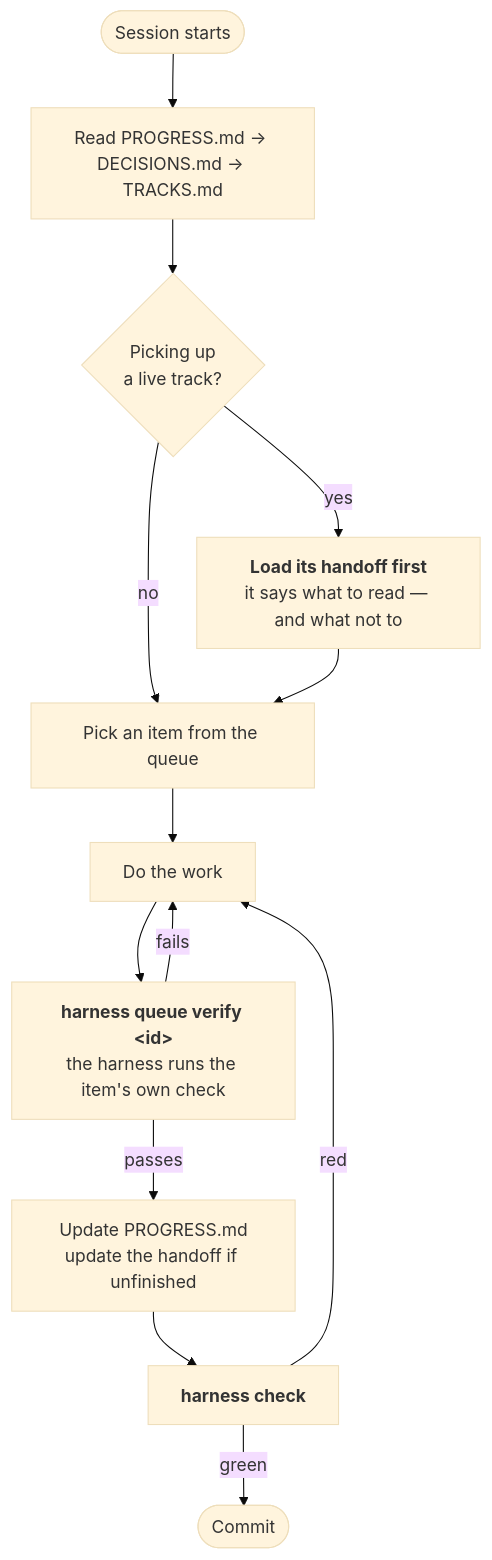
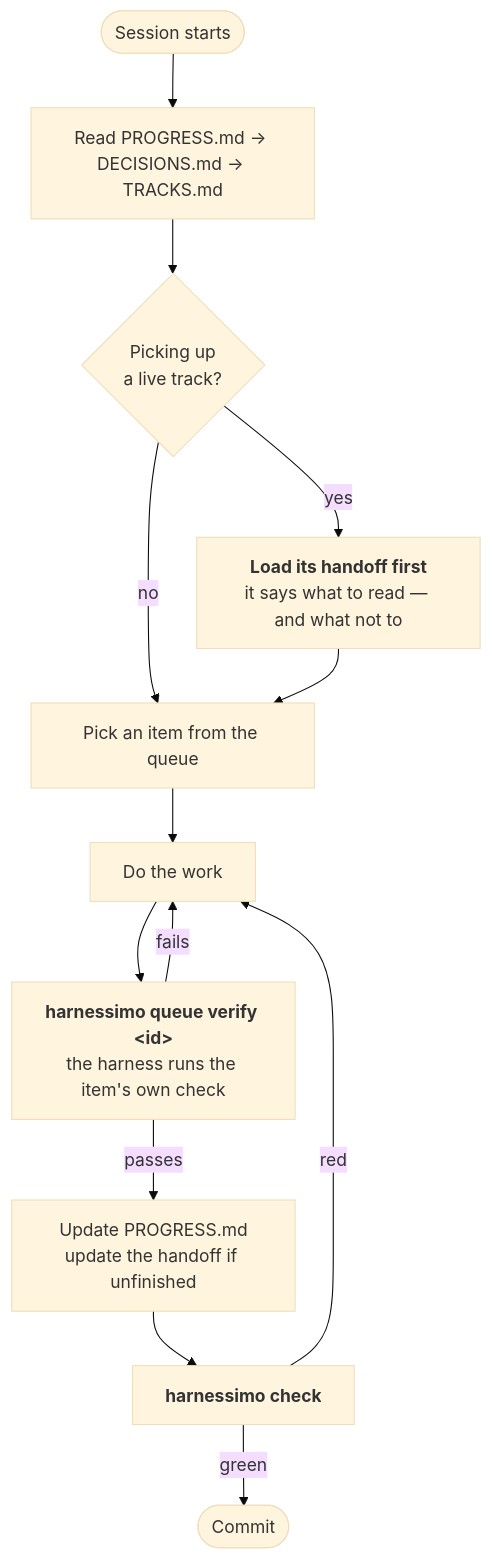
The second of 3 diagrams in docs/GUIDE.md (atamaniuc/Harnessimo), drawn with Mermaid (base theme) before and after one commit. The commit also changed other lines of this file and 39 other files, not shown here.

````diff
--- a/docs/GUIDE.md
+++ b/docs/GUIDE.md
@@ -99,15 +100,15 @@
 ```mermaid
 flowchart TD
     S(["Session starts"]) --> R["Read PROGRESS.md → DECISIONS.md → TRACKS.md"]
     R --> Q{"Picking up<br/>a live track?"}
     Q -- yes --> HO["<b>Load its handoff first</b><br/>it says what to read — and what not to"]
     Q -- no --> PICK["Pick an item from the queue"]
     HO --> PICK
     PICK --> WORK["Do the work"]
-    WORK --> V["<b>harness queue verify &lt;id&gt;</b><br/>the harness runs the item's own check"]
+    WORK --> V["<b>harnessimo queue verify &lt;id&gt;</b><br/>the harness runs the item's own check"]
     V -- fails --> WORK
     V -- passes --> WRITE["Update PROGRESS.md<br/>update the handoff if unfinished"]
-    WRITE --> C["<b>harness check</b>"]
+    WRITE --> C["<b>harnessimo check</b>"]
     C -- red --> WORK
     C -- green --> COMMIT(["Commit"])
 ```
````
